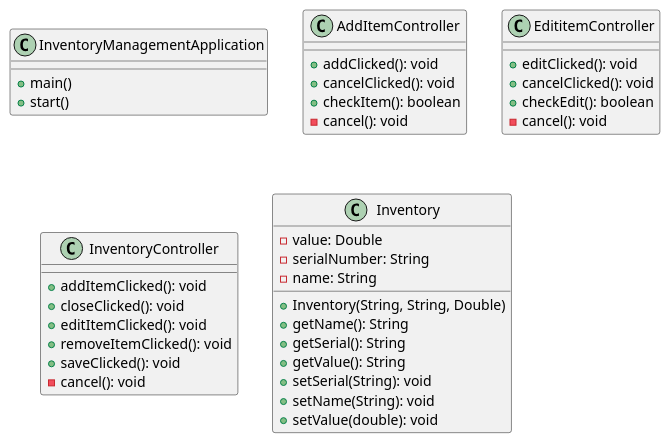
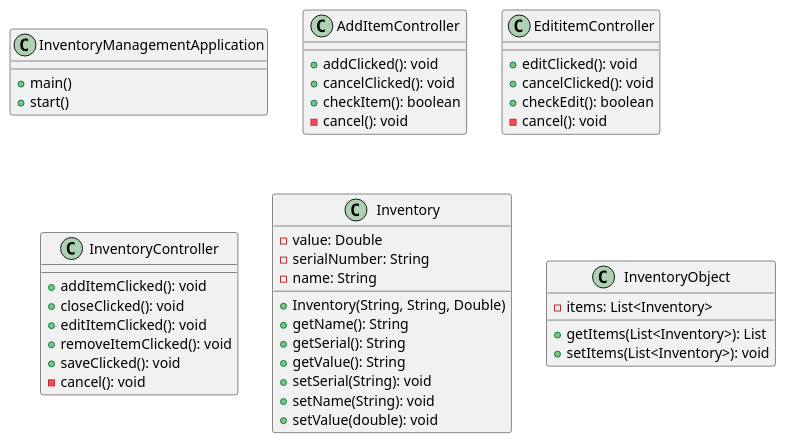
The diagram in Jaro-app2/docs/diagram.puml (mathdude3482/Jaro-app2), drawn with PlantUML before and after one commit. The commit also changed 1 other file, not shown here.

Commit message:
Added a InventoryObject class to allow the user to get and set a list of inventory items. Added the class to the UML diagram.

```diff
--- a/Jaro-app2/docs/diagram.puml
+++ b/Jaro-app2/docs/diagram.puml
@@ -1,38 +1,43 @@
 @startuml
 class InventoryManagementApplication{
 +main()
 +start()
 }
 class AddItemController{
 + addClicked(): void
 + cancelClicked(): void
 + checkItem(): boolean
 - cancel(): void
 }
 class EdititemController{
 + editClicked(): void
 + cancelClicked(): void
 + checkEdit(): boolean
 - cancel(): void
 }
 class InventoryController{
 + addItemClicked(): void
 + closeClicked(): void
 + editItemClicked(): void
 + removeItemClicked(): void
 + saveClicked(): void
 - cancel(): void
 }
 class Inventory{
  - value: Double
  - serialNumber: String
  - name: String
  + Inventory(String, String, Double)
 + getName(): String
 + getSerial(): String
 + getValue(): String
 + setSerial(String): void
 + setName(String): void
 + setValue(double): void
 }
+class InventoryObject{
+- items: List<Inventory>
++ getItems(List<Inventory>): List
++ setItems(List<Inventory>): void
+}
 @enduml
```
